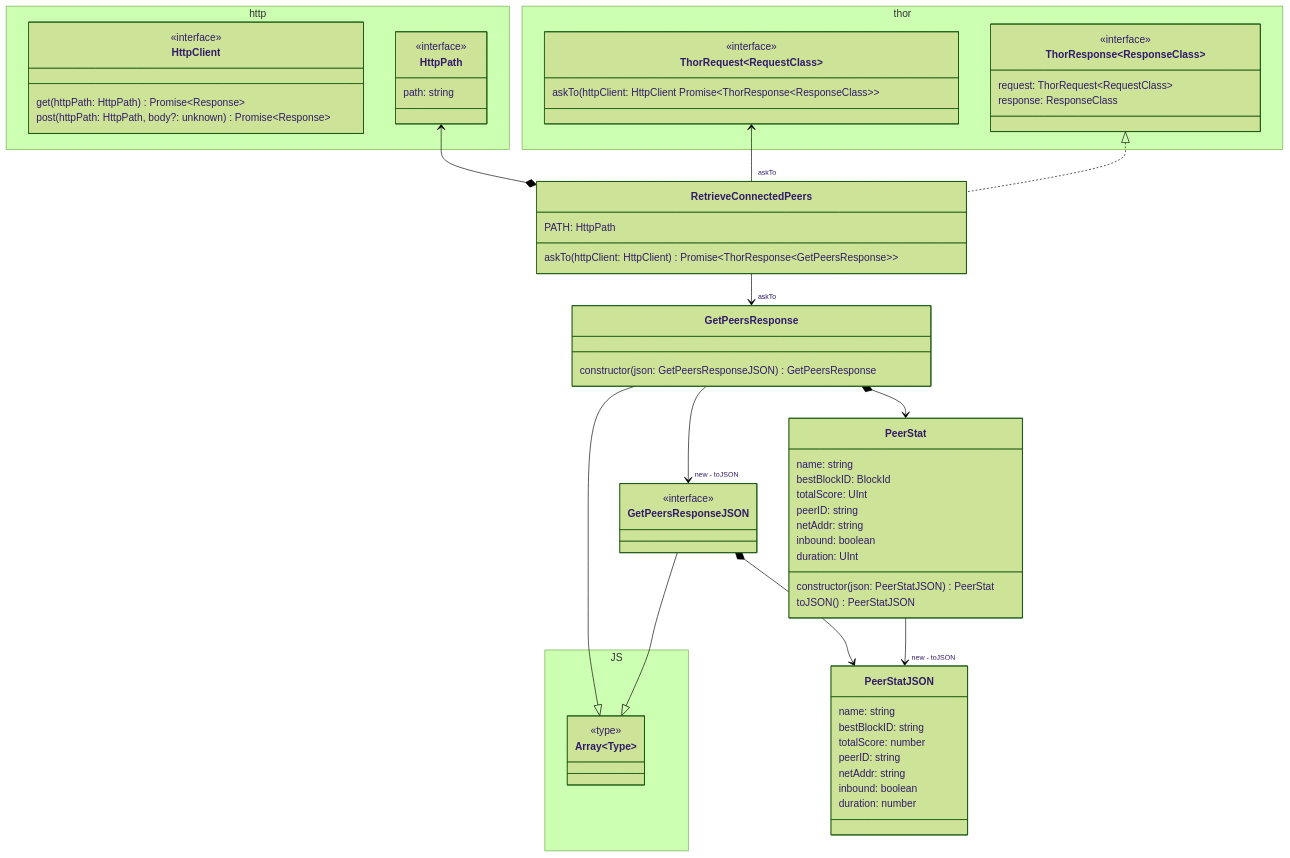
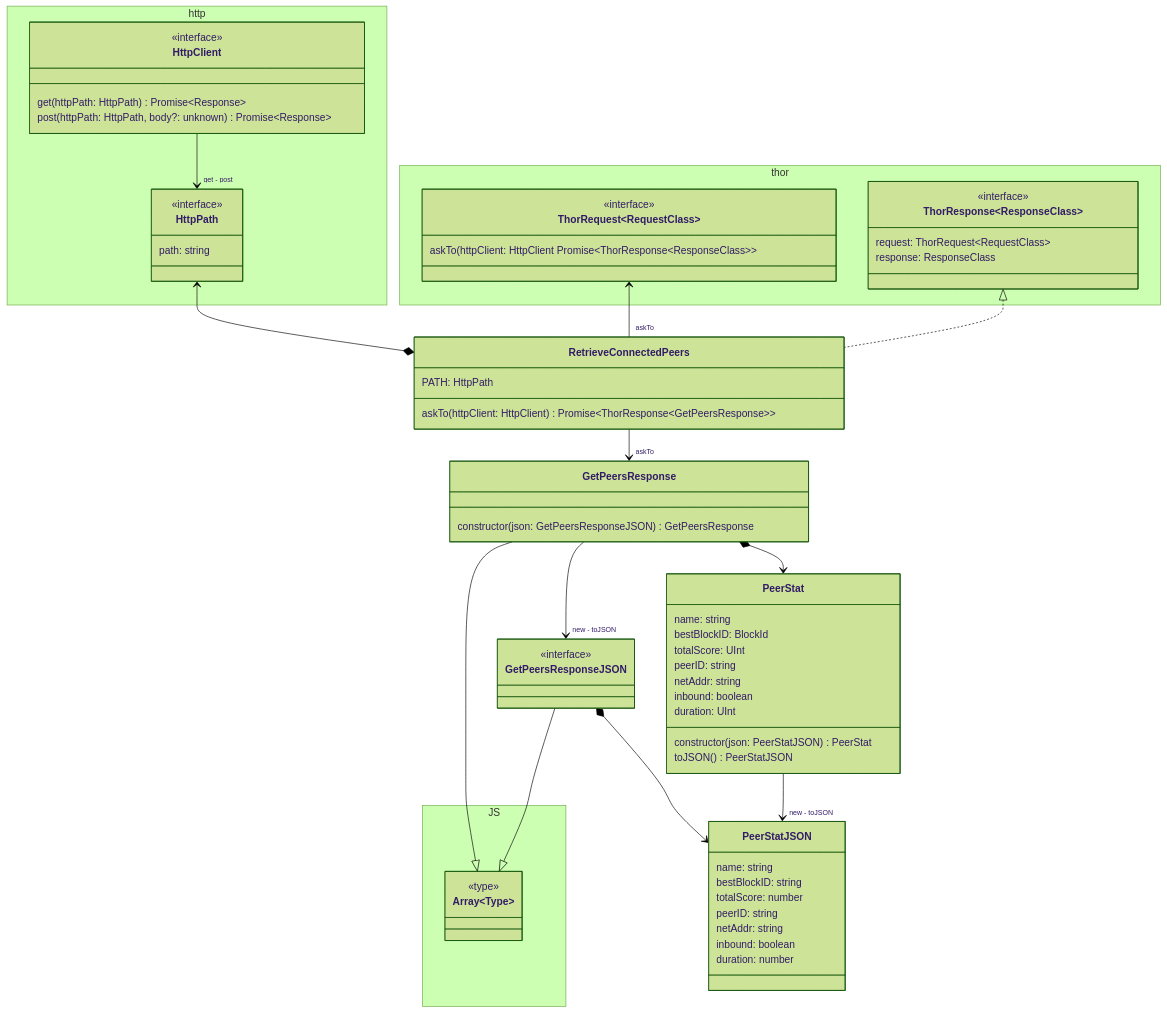
Before and after one commit to vechain/vechain-sdk-js: the diagram in docs/diagrams/v2/net/thor/node/node.md, drawn with Mermaid (forest theme).

Commit message:
feat: 1484 node documented

````diff
--- a/docs/diagrams/v2/net/thor/node/node.md
+++ b/docs/diagrams/v2/net/thor/node/node.md
@@ -1,70 +1,71 @@
 ```mermaid
 classDiagram
     namespace JS {
         class Array~Type~ {
             <<type>>
         }
     }
     namespace http {
         class HttpClient {
             <<interface>>
             get(httpPath: HttpPath) Promise~Response~
             post(httpPath: HttpPath, body?: unknown) Promise~Response~
         }
         class HttpPath {
             <<interface>>
             path: string
         }
     }
     namespace thor {
         class ThorRequest~RequestClass~ {
             <<interface>>
             askTo(httpClient: HttpClient Promise~ThorResponse~ResponseClass~~
         }
         class ThorResponse~ResponseClass~ {
             <<interface>>
             request: ThorRequest~RequestClass~
             response: ResponseClass
         }
     }
     class GetPeersResponse {
         constructor(json: GetPeersResponseJSON) GetPeersResponse
     }
     class GetPeersResponseJSON {
         <<interface>>
     }
     class PeerStat {
         name: string
         bestBlockID: BlockId
         totalScore: UInt
         peerID: string
         netAddr: string
         inbound: boolean
         duration: UInt
         constructor(json: PeerStatJSON) PeerStat
         toJSON() PeerStatJSON
     }
     class PeerStatJSON {
         name: string
         bestBlockID: string
         totalScore: number
         peerID: string
         netAddr: string
         inbound: boolean
         duration: number
     }
     class RetrieveConnectedPeers {
         PATH: HttpPath
         askTo(httpClient: HttpClient) Promise~ThorResponse~GetPeersResponse~~
     }
     GetPeersResponse *--> PeerStat
     GetPeersResponse --> "new - toJSON" GetPeersResponseJSON
     GetPeersResponse --|> Array
     GetPeersResponseJSON --|> Array
     GetPeersResponseJSON *--> PeerStatJSON
+    HttpClient --> "get - post" HttpPath
     HttpPath <--* RetrieveConnectedPeers
     PeerStat --> "new - toJSON" PeerStatJSON
     RetrieveConnectedPeers --> "askTo" GetPeersResponse
     ThorRequest <-- "askTo" RetrieveConnectedPeers
     ThorResponse <|.. RetrieveConnectedPeers
 ```
````
